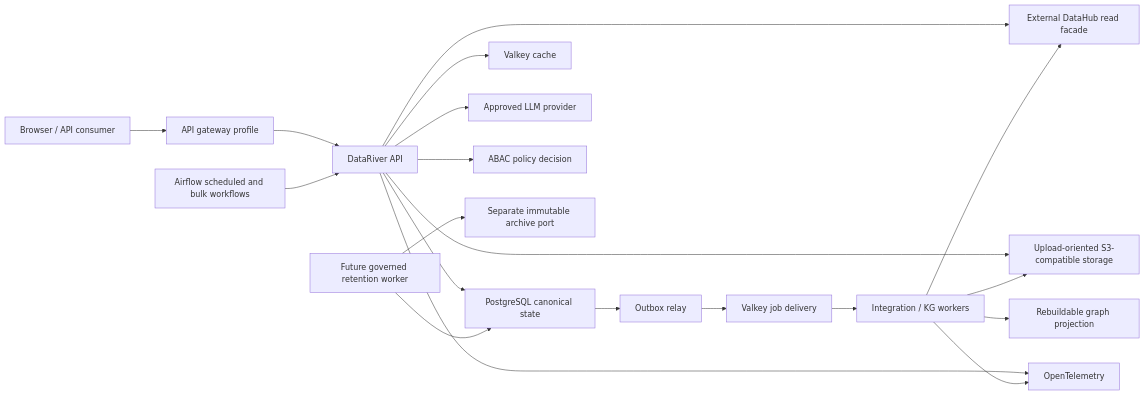
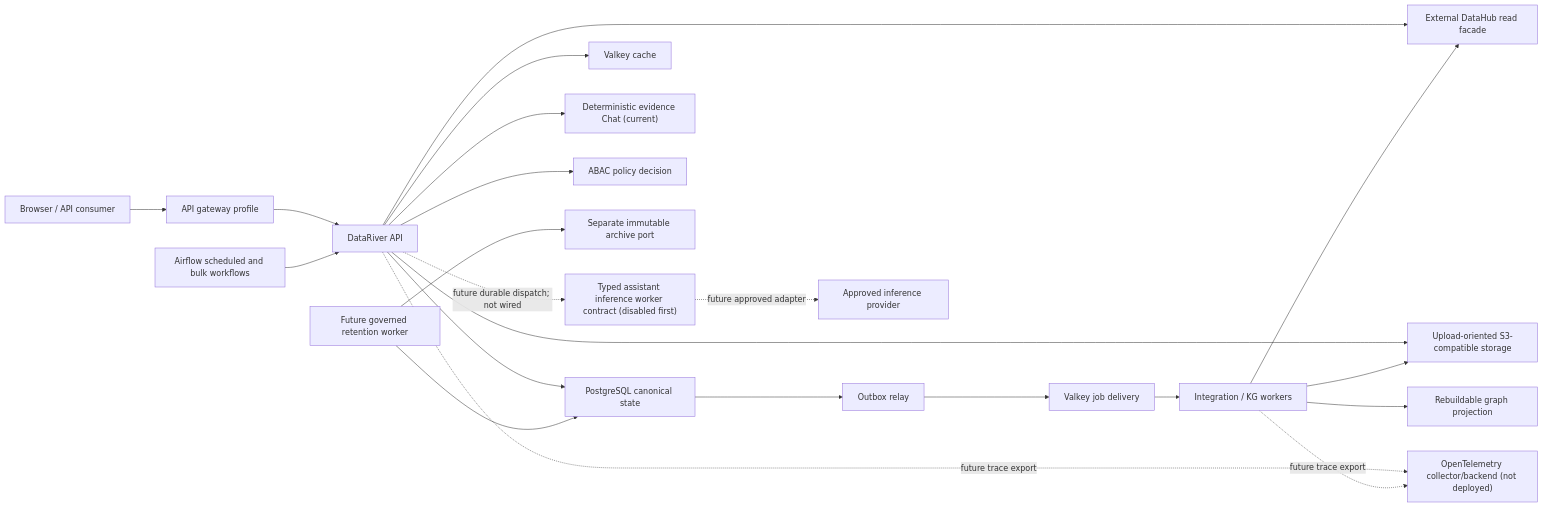
The first of 2 diagrams in docs/03_ARCHITECTURE.md (Ever-Real/datariver_poc_v0), drawn with Mermaid before and after one commit. The commit also changed other lines of this file and 8 other files, not shown here.

````diff
--- a/docs/03_ARCHITECTURE.md
+++ b/docs/03_ARCHITECTURE.md
@@ -20,22 +20,24 @@
 ```mermaid
 flowchart LR
     U["Browser / API consumer"] --> G["API gateway profile"]
     G --> A["DataRiver API"]
     A --> P["PostgreSQL canonical state"]
     A --> VC["Valkey cache"]
     A --> O["Upload-oriented S3-compatible storage"]
     A --> D["External DataHub read facade"]
-    A --> L["Approved LLM provider"]
+    A --> C["Deterministic evidence Chat (current)"]
     A --> Z["ABAC policy decision"]
     P --> R["Outbox relay"]
     R --> VQ["Valkey job delivery"]
     VQ --> W["Integration / KG workers"]
     W --> D
     W --> O
     W --> GP["Rebuildable graph projection"]
     RW["Future governed retention worker"] --> P
     RW --> IA["Separate immutable archive port"]
     AF["Airflow scheduled and bulk workflows"] --> A
-    A --> OT["OpenTelemetry"]
-    W --> OT
+    A -. "future durable dispatch; not wired" .-> IW["Typed assistant inference worker contract (disabled first)"]
+    IW -. "future approved adapter" .-> L["Approved inference provider"]
+    A -. "future trace export" .-> OT["OpenTelemetry collector/backend (not deployed)"]
+    W -. "future trace export" .-> OT
 ```
````
